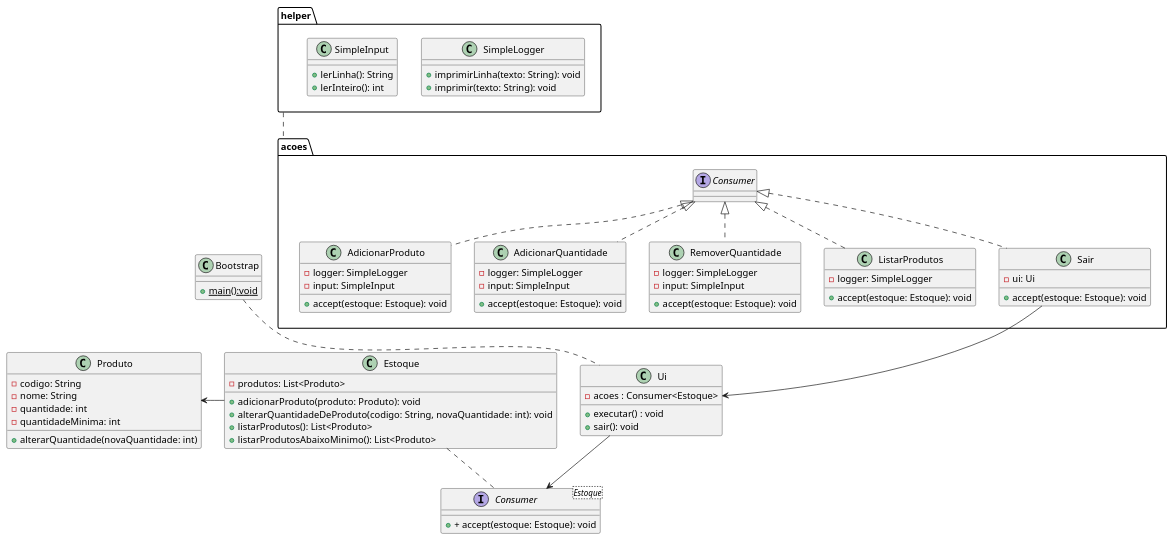
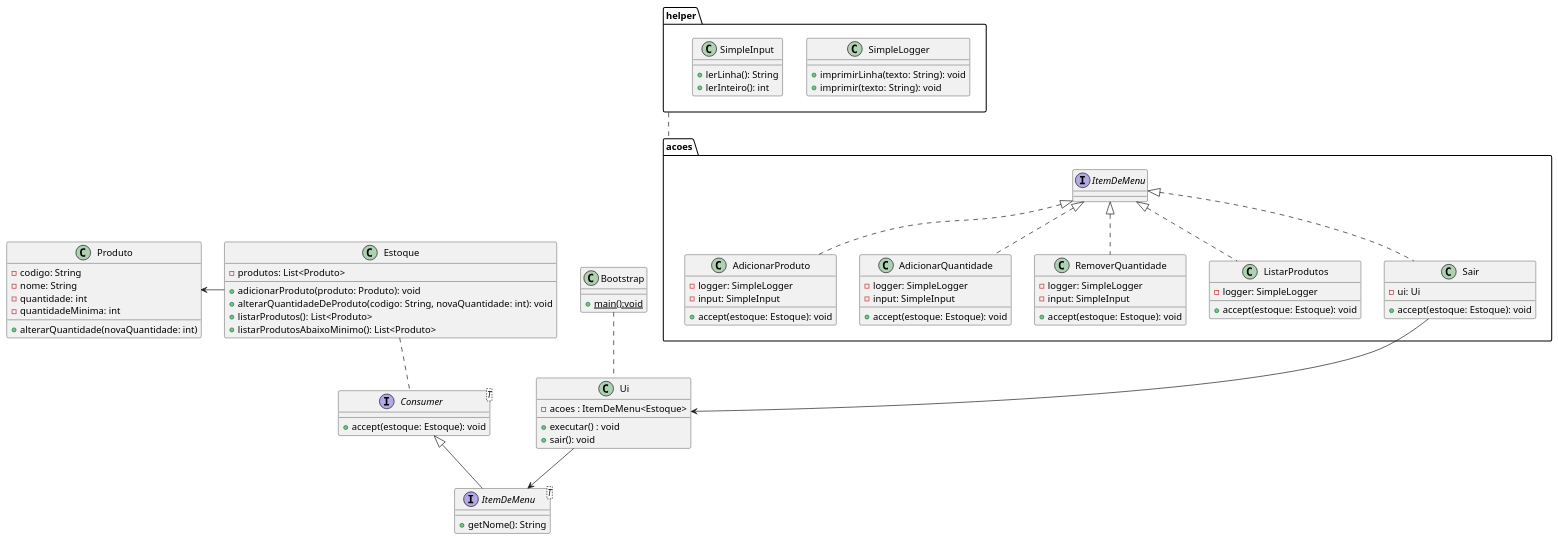
Before and after one commit to kibutzzz/estruturas-lineares: the diagram in src/main/resources/controle-de-estoque.puml, drawn with PlantUML. The commit also changed 1 other file, not shown here.

```diff
--- a/src/main/resources/controle-de-estoque.puml
+++ b/src/main/resources/controle-de-estoque.puml
@@ -1,92 +1,96 @@
 @startuml controle-de-estoque
 
 class Produto {
   - codigo: String
   - nome: String
   - quantidade: int
   - quantidadeMinima: int
 
   + alterarQuantidade(novaQuantidade: int)
 }
 
 class Estoque {
   - produtos: List<Produto>
   + adicionarProduto(produto: Produto): void
   + alterarQuantidadeDeProduto(codigo: String, novaQuantidade: int): void
   + listarProdutos(): List<Produto>
   + listarProdutosAbaixoMinimo(): List<Produto>
 }
 
-interface Consumer<Estoque> {
-  + + accept(estoque: Estoque): void
+interface Consumer<T> {
+  + accept(estoque: Estoque): void
+}
+
+interface ItemDeMenu<T> extends Consumer {
+  + getNome(): String
 }
 
 package helper {
   class SimpleLogger {
     + imprimirLinha(texto: String): void
     + imprimir(texto: String): void
   }
 
   class SimpleInput {
     + lerLinha(): String
     + lerInteiro(): int
   }
 }
 
 package acoes {
 
-  class AdicionarProduto implements Consumer {
+  class AdicionarProduto implements ItemDeMenu {
     - logger: SimpleLogger
     - input: SimpleInput
 
     + accept(estoque: Estoque): void
   }
 
-  class AdicionarQuantidade implements Consumer {
+  class AdicionarQuantidade implements ItemDeMenu {
     - logger: SimpleLogger
     - input: SimpleInput
 
     + accept(estoque: Estoque): void
   }
 
 
-  class RemoverQuantidade implements Consumer {
+  class RemoverQuantidade implements ItemDeMenu {
     - logger: SimpleLogger
     - input: SimpleInput
 
     + accept(estoque: Estoque): void
   }
 
-  class ListarProdutos implements Consumer {
+  class ListarProdutos implements ItemDeMenu {
     - logger: SimpleLogger
 
     + accept(estoque: Estoque): void
   }
 
-  class Sair implements Consumer {
+  class Sair implements ItemDeMenu {
     - ui: Ui
     + accept(estoque: Estoque): void
   }
 
 }
 
 class Ui {
-  - acoes : Consumer<Estoque>
+  - acoes : ItemDeMenu<Estoque>
 
   + executar() : void
   + sair(): void
 }
 
 class Bootstrap {
   + {static} main():void
 }
 
 
 Bootstrap .. Ui
-Ui --> Consumer
+Ui --> ItemDeMenu
 Sair --> Ui
 Consumer .up. Estoque
 acoes .up. helper
 Estoque -left-> Produto
 
 @enduml
```
